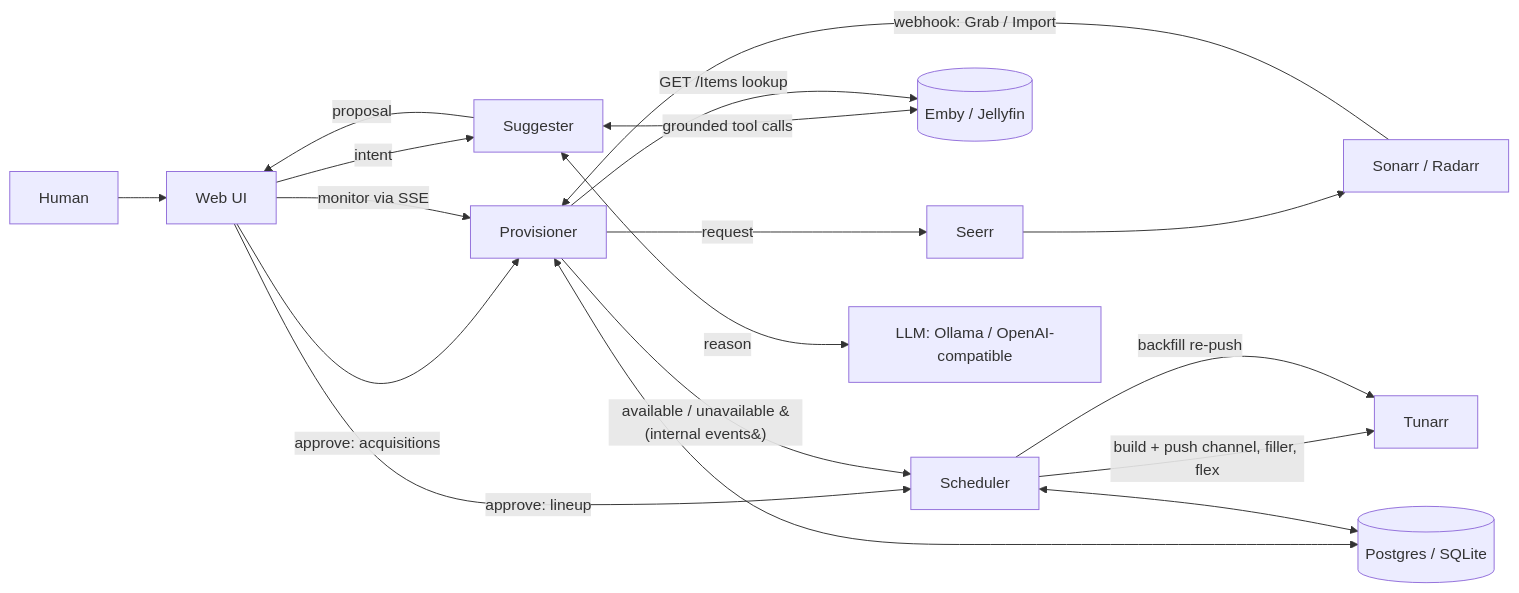
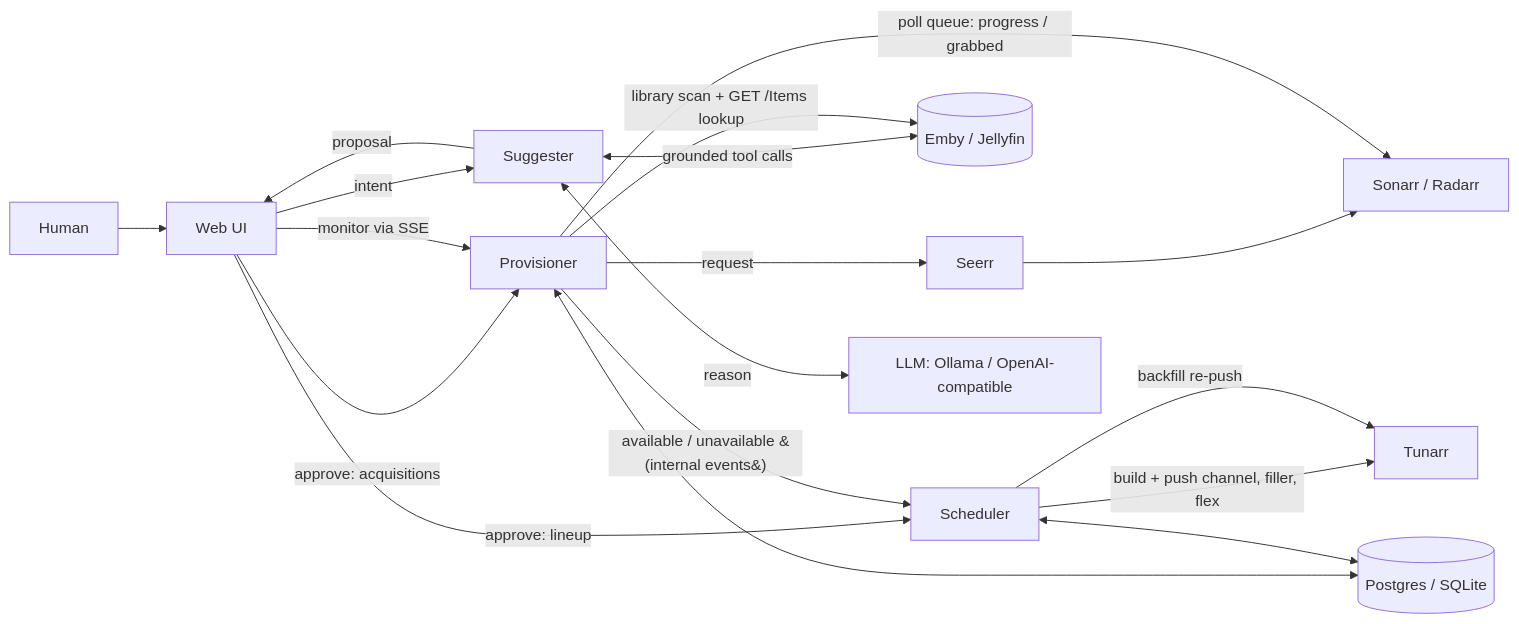
Before and after one commit to loomarr/loomarr: the first of 3 diagrams in docs/design.md, drawn with Mermaid. The commit also changed other lines of this file and 54 other files, not shown here.

````diff
--- a/docs/design.md
+++ b/docs/design.md
@@ -51,31 +51,31 @@
 ```mermaid
 flowchart LR
   User[Human]
   Web[Web UI]
   SUG[Suggester]
   PROV[Provisioner]
   SCH[Scheduler]
   MS[(Emby / Jellyfin)]
   Seerr[Seerr]
   Arr[Sonarr / Radarr]
   LLM[LLM: Ollama / OpenAI-compatible]
   Tunarr[Tunarr]
   DB[(Postgres / SQLite)]
 
   User --> Web
   Web -->|intent| SUG
   SUG <-->|grounded tool calls| MS
   SUG <-->|reason| LLM
   SUG -->|proposal| Web
   Web -->|approve: acquisitions| PROV
   Web -->|approve: lineup| SCH
   PROV -->|request| Seerr --> Arr
-  Arr -->|webhook: Grab / Import| PROV
-  PROV -->|GET /Items lookup| MS
+  PROV -->|poll queue: progress / grabbed| Arr
+  PROV -->|library scan + GET /Items lookup| MS
   PROV -->|available / unavailable &#40;internal events&#41;| SCH
   SCH -->|build + push channel, filler, flex| Tunarr
   SCH -->|backfill re-push| Tunarr
   Web -->|monitor via SSE| PROV
   PROV <--> DB
   SCH <--> DB
 ```
````
